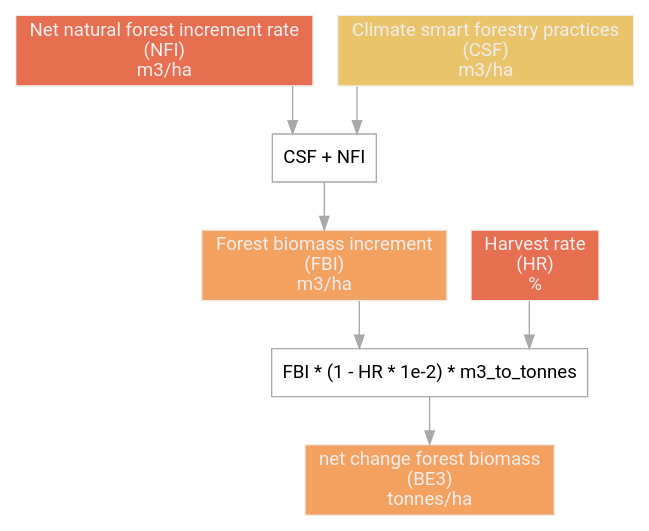
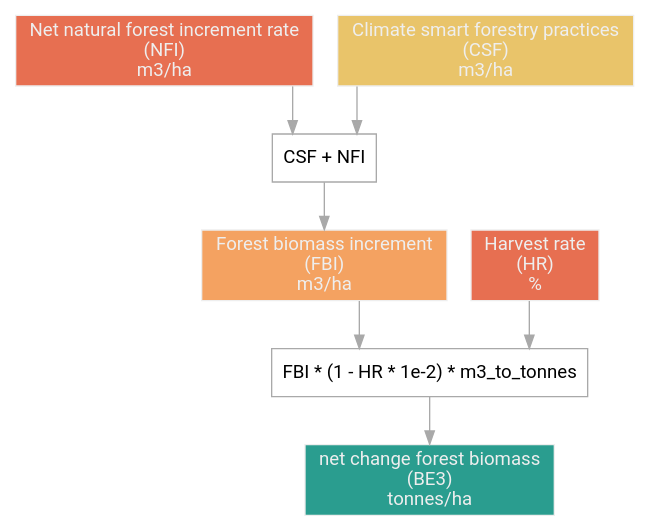
Before and after one commit to simonzabrocki/GraphModels: the diagram in graphplots/landuse/BE3_model.gv, drawn with Graphviz. The commit also changed 29 other files, not shown here.

```diff
--- a/graphplots/landuse/BE3_model.gv
+++ b/graphplots/landuse/BE3_model.gv
@@ -1,26 +1,26 @@
 digraph {
 	graph [splines=ortho]
 	NFI [label=NFI color="#eeeeee" fillcolor="#e76f51" fontcolor="#eeeeee" fontname=roboto label="Net natural forest increment rate 
  (NFI) 
  m3/ha" peripheries=1 shape=rectangle style=filled]
 	CSF [label=CSF color="#eeeeee" fillcolor="#e9c46a" fontcolor="#eeeeee" fontname=roboto label="Climate smart forestry practices 
  (CSF) 
  m3/ha" peripheries=1 shape=rectangle style=filled]
 	FBI [label=FBI color="#eeeeee" fillcolor="#f4a261" fontcolor="#eeeeee" fontname=roboto label="Forest biomass increment 
  (FBI) 
  m3/ha" peripheries=1 shape=rectangle style=filled]
 	FBI_comp [label=FBI_comp color="#A9A9A9" fillcolor="#e76f51" fontcolor="#000000" fontname=roboto label="CSF + NFI" peripheries=1 shape=rectangle style=""]
 	HR [label=HR color="#eeeeee" fillcolor="#e76f51" fontcolor="#eeeeee" fontname=roboto label="Harvest rate 
  (HR) 
  %" peripheries=1 shape=rectangle style=filled]
-	BE3 [label=BE3 color="#eeeeee" fillcolor="#f4a261" fontcolor="#eeeeee" fontname=roboto label="net change forest biomass 
+	BE3 [label=BE3 color="#eeeeee" fillcolor="#2a9d8f" fontcolor="#eeeeee" fontname=roboto label="net change forest biomass 
  (BE3) 
  tonnes/ha" peripheries=1 shape=rectangle style=filled]
 	BE3_comp [label=BE3_comp color="#A9A9A9" fillcolor="#e76f51" fontcolor="#000000" fontname=roboto label="FBI * (1 - HR * 1e-2) * m3_to_tonnes" peripheries=1 shape=rectangle style=""]
 	NFI -> FBI_comp [color="#A9A9A9"]
 	CSF -> FBI_comp [color="#A9A9A9"]
 	FBI -> BE3_comp [color="#A9A9A9"]
 	FBI_comp -> FBI [color="#A9A9A9"]
 	HR -> BE3_comp [color="#A9A9A9"]
 	BE3_comp -> BE3 [color="#A9A9A9"]
 }
```
